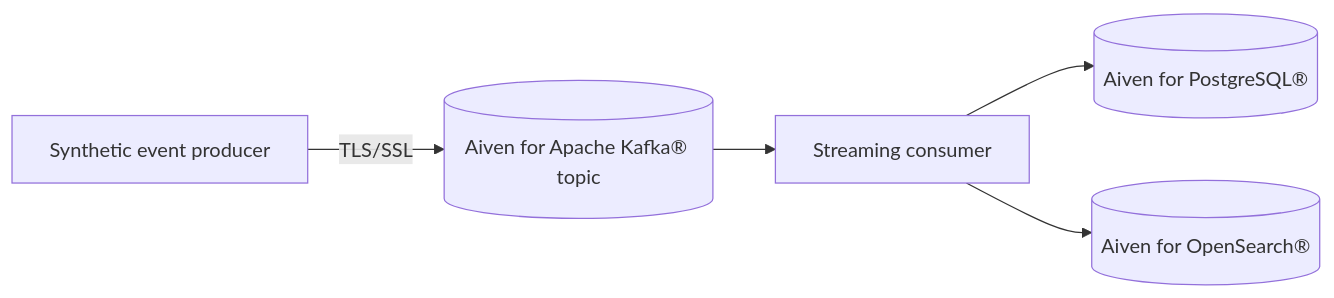
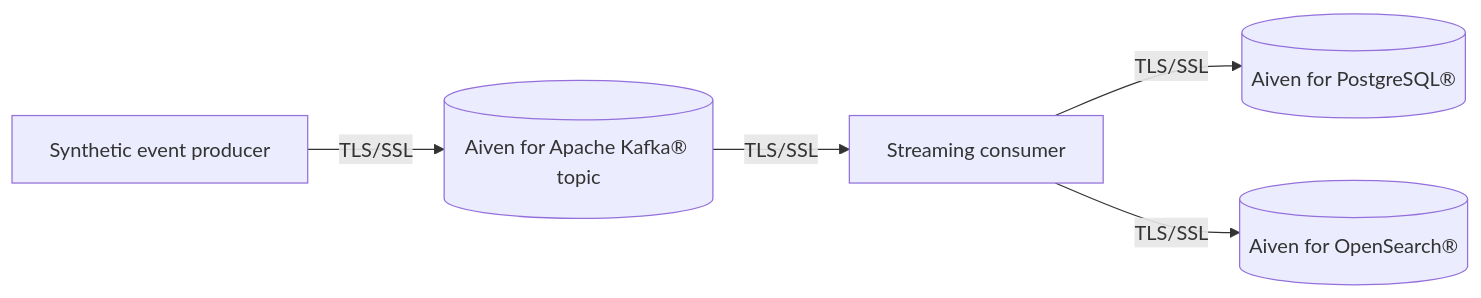
Before and after one commit to SBPnet/aivenChallenge: the first of 2 diagrams in README.md, drawn with Mermaid. The commit also changed other lines of this file and 2 other files, not shown here.

Commit message:
docs: update architecture diagram and documentation to highlight TLS/SSL security

````diff
--- a/README.md
+++ b/README.md
@@ -117,7 +117,7 @@
 ```mermaid
 graph LR
     A[Synthetic event producer] -->|TLS/SSL| B[(Aiven for Apache Kafka® topic)]
-    B --> C[Streaming consumer]
-    C --> D[(Aiven for PostgreSQL®)]
-    C --> E[(Aiven for OpenSearch®)]
+    B -->|TLS/SSL| C[Streaming consumer]
+    C -->|TLS/SSL| D[(Aiven for PostgreSQL®)]
+    C -->|TLS/SSL| E[(Aiven for OpenSearch®)]
 ```
````
